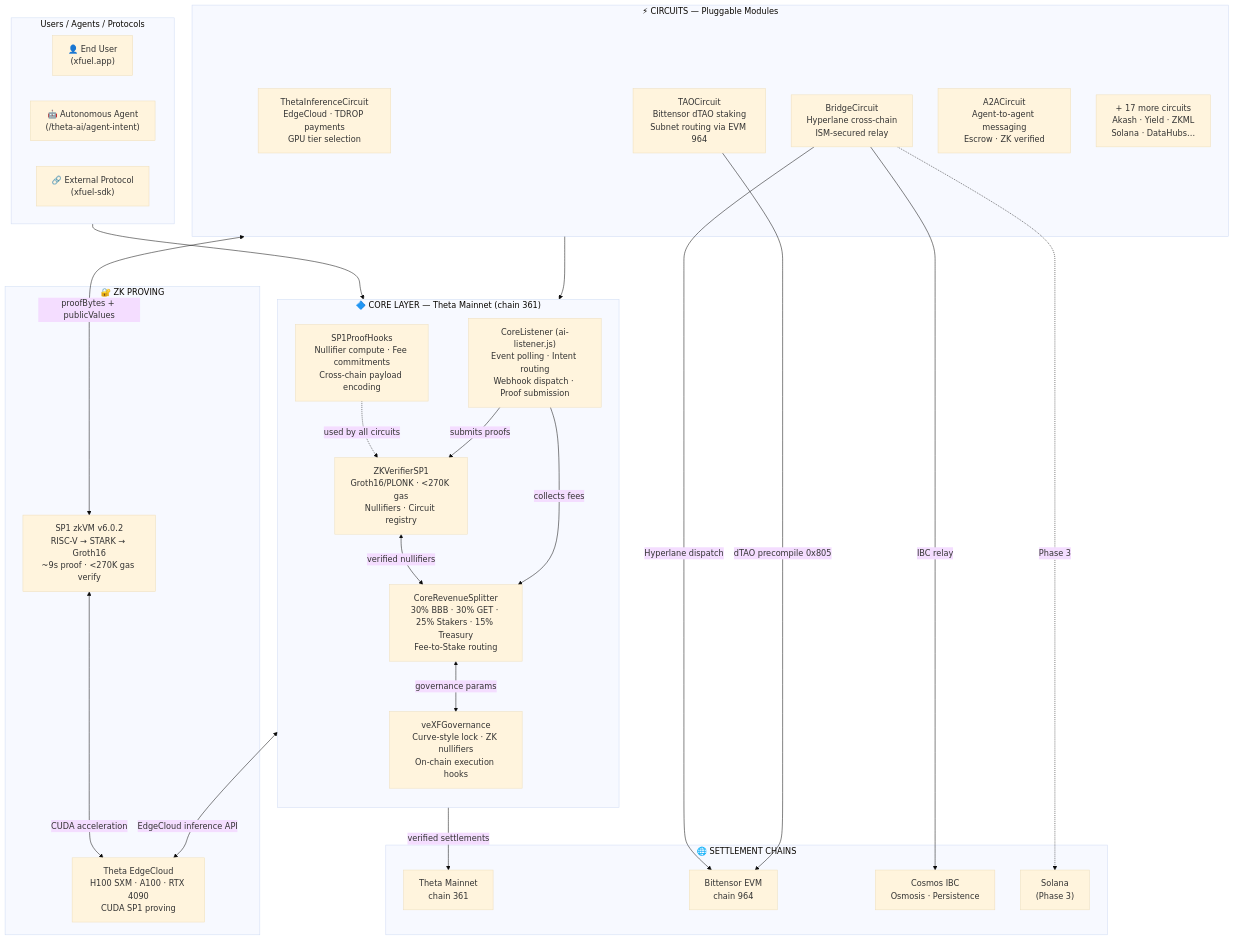
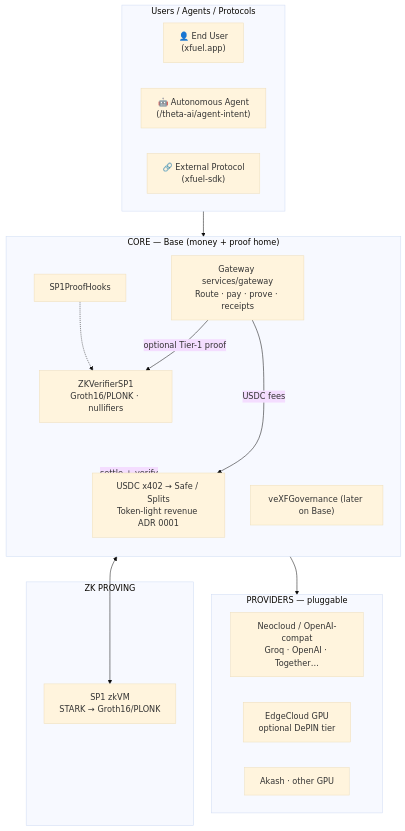
Before and after one commit to XFuel-Lab/chit402: the diagram in README.md, drawn with Mermaid (base theme). The commit also changed other lines of this file and 8 other files, not shown here.

First line of the commit message:
docs: Base settlement home (ADR 0002) + canonical rewrite

````diff
--- a/README.md
+++ b/README.md
@@ -255,53 +228,35 @@
 ```mermaid
 flowchart TB
     subgraph Users["Users / Agents / Protocols"]
         U1["👤 End User\n(xfuel.app)"]
         U2["🤖 Autonomous Agent\n(/theta-ai/agent-intent)"]
         U3["🔗 External Protocol\n(xfuel-sdk)"]
     end
 
-    subgraph CoreLayer["🔷 CORE LAYER — Theta Mainnet (chain 361)"]
+    subgraph CoreLayer["CORE — Base (money + proof home)"]
         direction TB
-        ZK["ZKVerifierSP1\nGroth16/PLONK · <270K gas\nNullifiers · Circuit registry"]
-        RS["CoreRevenueSplitter\n30% BBB · 30% GET · 25% Stakers · 15% Treasury\nFee-to-Stake routing"]
-        GOV["veXFGovernance\nCurve-style lock · ZK nullifiers\nOn-chain execution hooks"]
-        HOOKS["SP1ProofHooks\nNullifier compute · Fee commitments\nCross-chain payload encoding"]
-        LISTENER["CoreListener (ai-listener.js)\nEvent polling · Intent routing\nWebhook dispatch · Proof submission"]
-        ZK <-->|"verified nullifiers"| RS
-        RS <-->|"governance params"| GOV
-        HOOKS -.->|"used by all circuits"| ZK
-        LISTENER -->|"submits proofs"| ZK
-        LISTENER -->|"collects fees"| RS
+        ZK["ZKVerifierSP1\nGroth16/PLONK · nullifiers"]
+        PAY["USDC x402 → Safe / Splits\nToken-light revenue ADR 0001"]
+        GOV["veXFGovernance (later on Base)"]
+        HOOKS["SP1ProofHooks"]
+        GW["Gateway services/gateway\nRoute · pay · prove · receipts"]
+        HOOKS -.-> ZK
+        GW -->|"optional Tier-1 proof"| ZK
+        GW -->|"USDC fees"| PAY
     end
 
-    subgraph Circuits["⚡ CIRCUITS — Pluggable Modules"]
-        CI["ThetaInferenceCircuit\nEdgeCloud · TDROP payments\nGPU tier selection"]
-        TAO["TAOCircuit\nBittensor dTAO staking\nSubnet routing via EVM 964"]
-        BRG["BridgeCircuit\nHyperlane cross-chain\nISM-secured relay"]
-        A2A["A2ACircuit\nAgent-to-agent messaging\nEscrow · ZK verified"]
-        MORE["+ 17 more circuits\nAkash · Yield · ZKML\nSolana · DataHubs…"]
+    subgraph Providers["PROVIDERS — pluggable"]
+        NEO["Neocloud / OpenAI-compat\nGroq · OpenAI · Together…"]
+        EDGE["EdgeCloud GPU\noptional DePIN tier"]
+        AK["Akash · other GPU"]
     end
 
-    subgraph Provers["🔐 ZK PROVING"]
-        SP1["SP1 zkVM v6.0.2\nRISC-V → STARK → Groth16\n~9s proof · <270K gas verify"]
-        EDGE["Theta EdgeCloud\nH100 SXM · A100 · RTX 4090\nCUDA SP1 proving"]
-        SP1 <-->|"CUDA acceleration"| EDGE
+    subgraph Provers["ZK PROVING"]
+        SP1["SP1 zkVM\nSTARK → Groth16/PLONK"]
     end
 
-    subgraph Chains["🌐 SETTLEMENT CHAINS"]
-        TH["Theta Mainnet\nchain 361"]
-        BT["Bittensor EVM\nchain 964"]
-        COS["Cosmos IBC\nOsmosis · Persistence"]
-        SOL["Solana\n(Phase 3)"]
-    end
-
-    Users --> LISTENER
-    Circuits --> LISTENER
-    Circuits <-->|"proofBytes + publicValues"| SP1
-    LISTENER <-->|"EdgeCloud inference API"| EDGE
-    CoreLayer -->|"verified settlements"| TH
-    BRG -->|"Hyperlane dispatch"| BT
-    TAO -->|"dTAO precompile 0x805"| BT
-    BRG -->|"IBC relay"| COS
-    BRG -.->|"Phase 3"| SOL
+    Users --> GW
+    GW --> Providers
+    GW <--> SP1
+    CoreLayer -->|"settle + verify"| PAY
 ```
````
